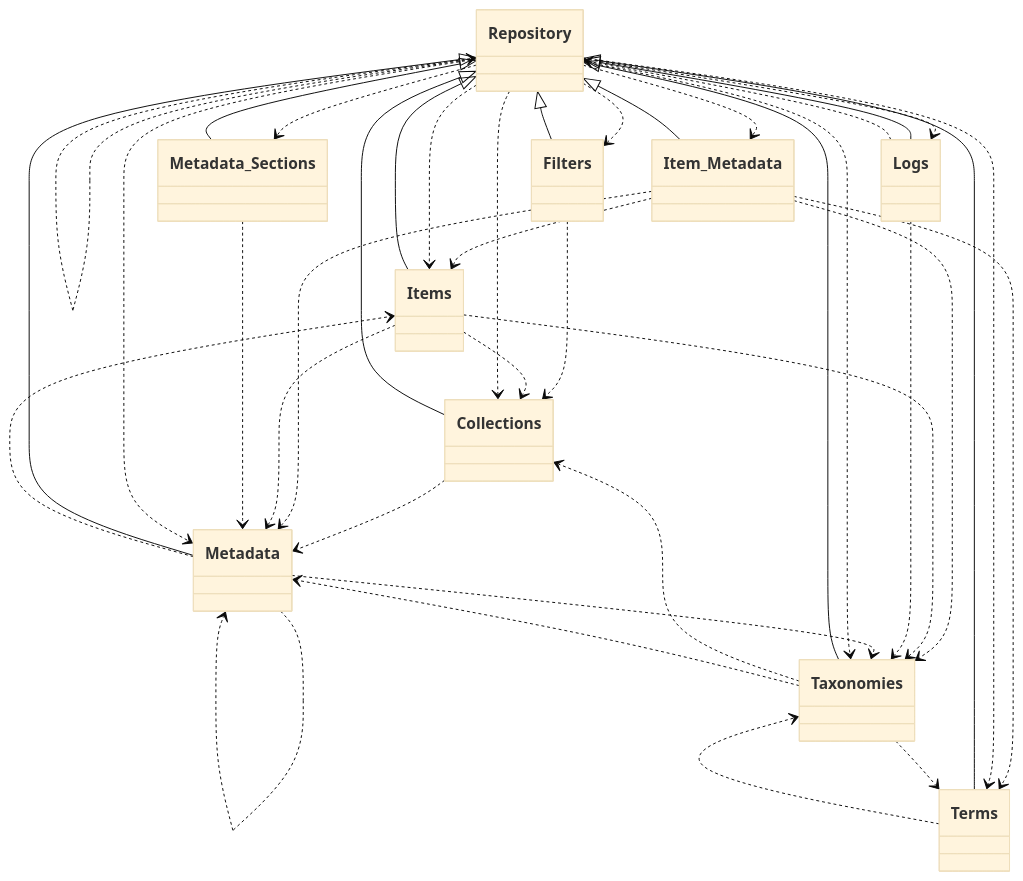
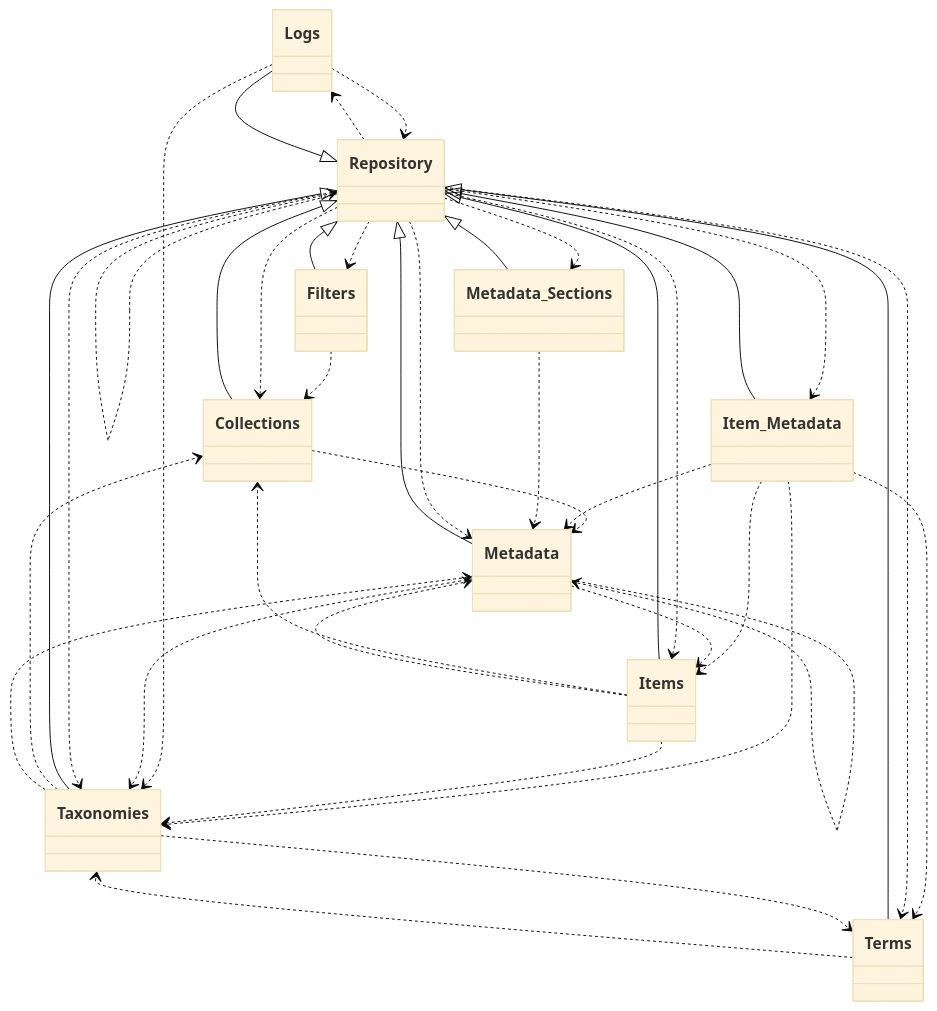
One commit to tainacan/tainacan changed diagram 13 of 14 in docs/phpdoc/Home.md. Above: the diagram before and after it, drawn with Mermaid (base theme). The commit also changed other lines of this file and 96 other files, not shown here.

````diff
--- a/docs/phpdoc/Home.md
+++ b/docs/phpdoc/Home.md
@@ -719,53 +720,53 @@
 ```mermaid
 classDiagram
     direction TB
+    class Collections { }
     class Item_Metadata { }
+    class Logs { }
     class Repository { }
+    class Terms { }
+    class Metadata_Sections { }
+    class Taxonomies { }
+    class Items { }
     class Logs { }
-    class Terms { }
+    class Metadata { }
     class Filters { }
-    class Taxonomies { }
-    class Collections { }
-    class Metadata_Sections { }
-    class Metadata { }
-    class Logs { }
-    class Items { }
     Collections ..> Metadata
     Filters ..> Collections
     Item_Metadata ..> Items
     Item_Metadata ..> Metadata
     Item_Metadata ..> Taxonomies
     Item_Metadata ..> Terms
     Items ..> Collections
     Items ..> Metadata
     Items ..> Taxonomies
     Logs ..> Repository
     Logs ..> Taxonomies
     Metadata ..> Items
     Metadata ..> Metadata
     Metadata ..> Taxonomies
     Metadata_Sections ..> Metadata
     Repository ..> Collections
     Repository ..> Filters
     Repository ..> Item_Metadata
     Repository ..> Items
     Repository ..> Logs
     Repository ..> Metadata
     Repository ..> Metadata_Sections
     Repository ..> Repository
     Repository ..> Taxonomies
     Repository ..> Terms
     Repository <|-- Collections
     Repository <|-- Filters
     Repository <|-- Item_Metadata
     Repository <|-- Items
     Repository <|-- Logs
     Repository <|-- Metadata
     Repository <|-- Metadata_Sections
     Repository <|-- Taxonomies
     Repository <|-- Terms
     Taxonomies ..> Collections
     Taxonomies ..> Metadata
     Taxonomies ..> Terms
     Terms ..> Taxonomies
 ```
````
